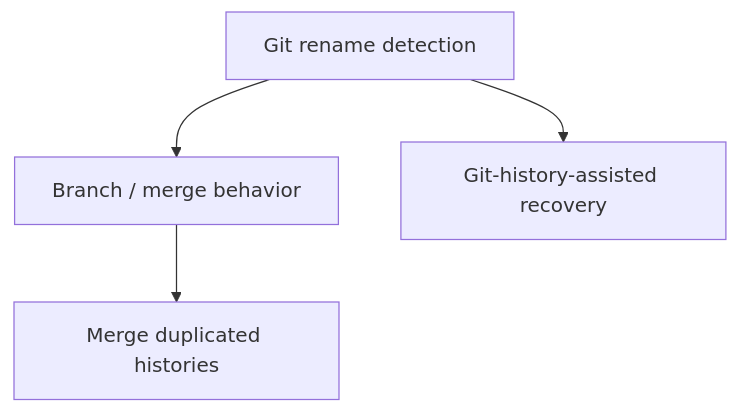
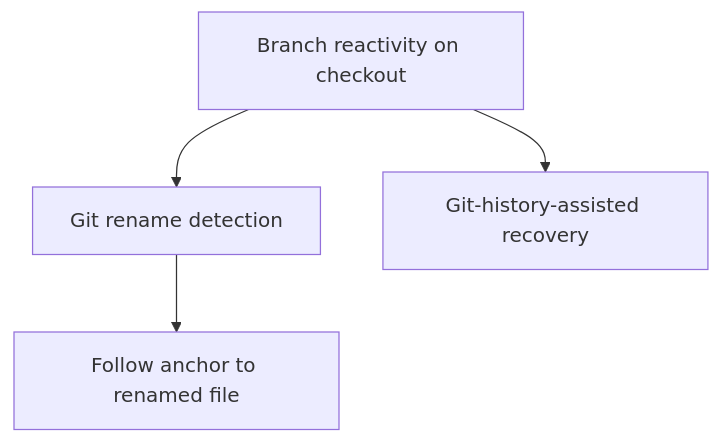
Before and after one commit to duraisamy-gokul/fix-my-comments: the diagram in plans/phase-6-git-aware-recovery/00-overview.md, drawn with Mermaid. The commit also changed other lines of this file and 36 other files, not shown here.

````diff
--- a/plans/phase-6-git-aware-recovery/00-overview.md
+++ b/plans/phase-6-git-aware-recovery/00-overview.md
@@ -22,6 +22,6 @@
 ```mermaid
 flowchart TD
-    A[Git rename detection] --> B[Branch / merge behavior]
-    B --> C[Merge duplicated histories]
+    A[Branch reactivity on checkout] --> B[Git rename detection]
+    B --> C[Follow anchor to renamed file]
     A --> D[Git-history-assisted recovery]
 ```
````
